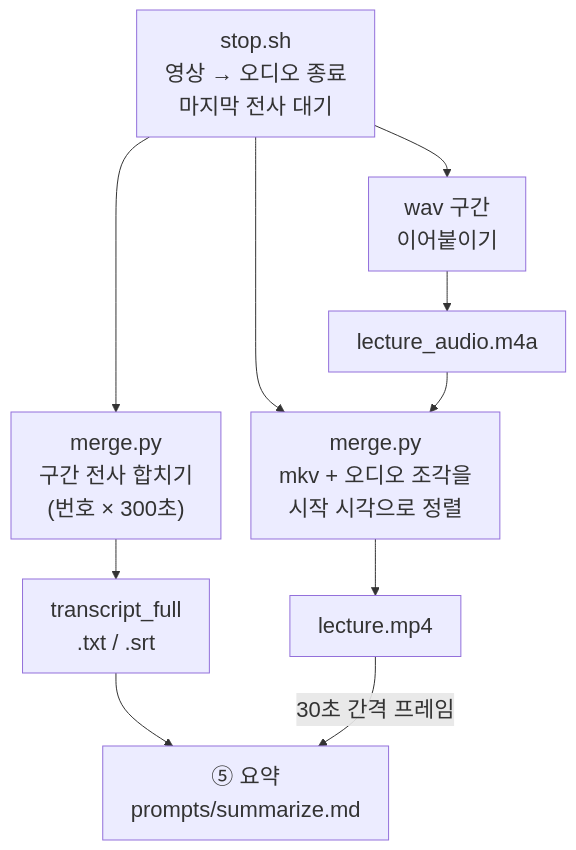
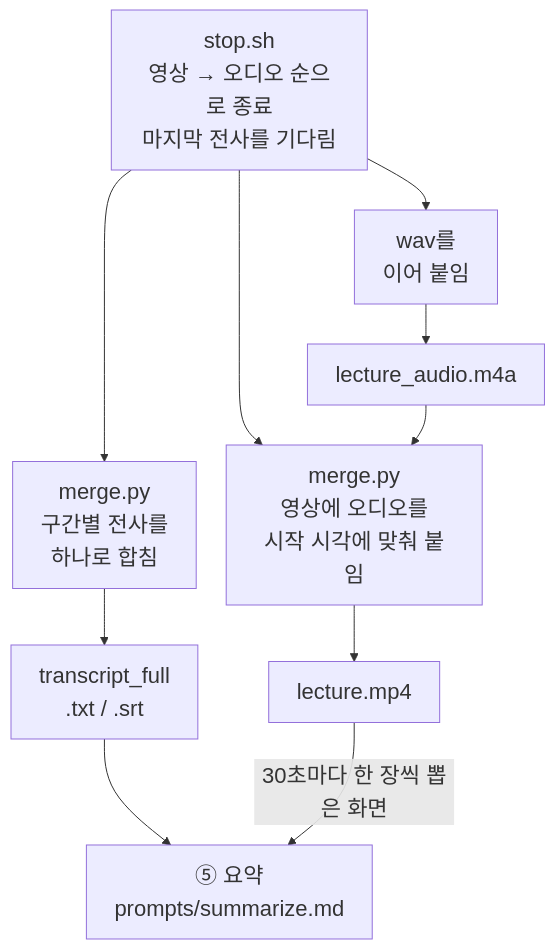
One commit to sbigstar0310/daegyu-plugins changed the second of 3 diagrams in lecture-capture/README.md. Above: the diagram before and after it, drawn with Mermaid. The commit also changed other lines of this file, not shown here.

First line of the commit message:
lecture-capture README: natural Korean, helper tools last, subtitles spelled out

````diff
--- a/lecture-capture/README.md
+++ b/lecture-capture/README.md
@@ -83,11 +84,11 @@
 ```mermaid
 %%{init: {"themeVariables": {"fontSize": "22px"}, "flowchart": {"nodeSpacing": 30, "rankSpacing": 40, "padding": 14}}}%%
 flowchart TB
-    S["stop.sh<br/>영상 → 오디오 종료<br/>마지막 전사 대기"]
-    S --> M1["wav 구간<br/>이어붙이기"] --> O1["lecture_audio.m4a"]
-    S --> M2["merge.py<br/>구간 전사 합치기<br/>(번호 × 300초)"] --> O2["transcript_full<br/>.txt / .srt"]
-    S --> M3["merge.py<br/>mkv + 오디오 조각을<br/>시작 시각으로 정렬"] --> O3["lecture.mp4"]
+    S["stop.sh<br/>영상 → 오디오 순으로 종료<br/>마지막 전사를 기다림"]
+    S --> M1["wav를<br/>이어 붙임"] --> O1["lecture_audio.m4a"]
+    S --> M2["merge.py<br/>구간별 전사를<br/>하나로 합침"] --> O2["transcript_full<br/>.txt / .srt"]
+    S --> M3["merge.py<br/>영상에 오디오를<br/>시작 시각에 맞춰 붙임"] --> O3["lecture.mp4"]
     O1 --> M3
     O2 --> R["⑤ 요약<br/>prompts/summarize.md"]
-    O3 -->|"30초 간격 프레임"| R
+    O3 -->|"30초마다 한 장씩 뽑은 화면"| R
 ```
````
